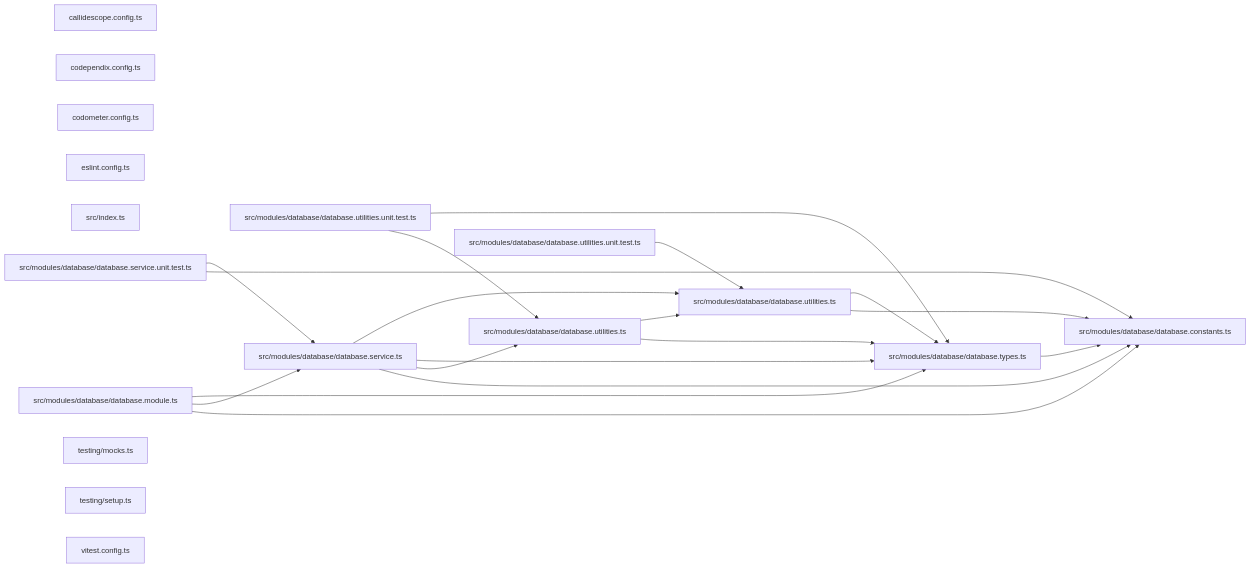
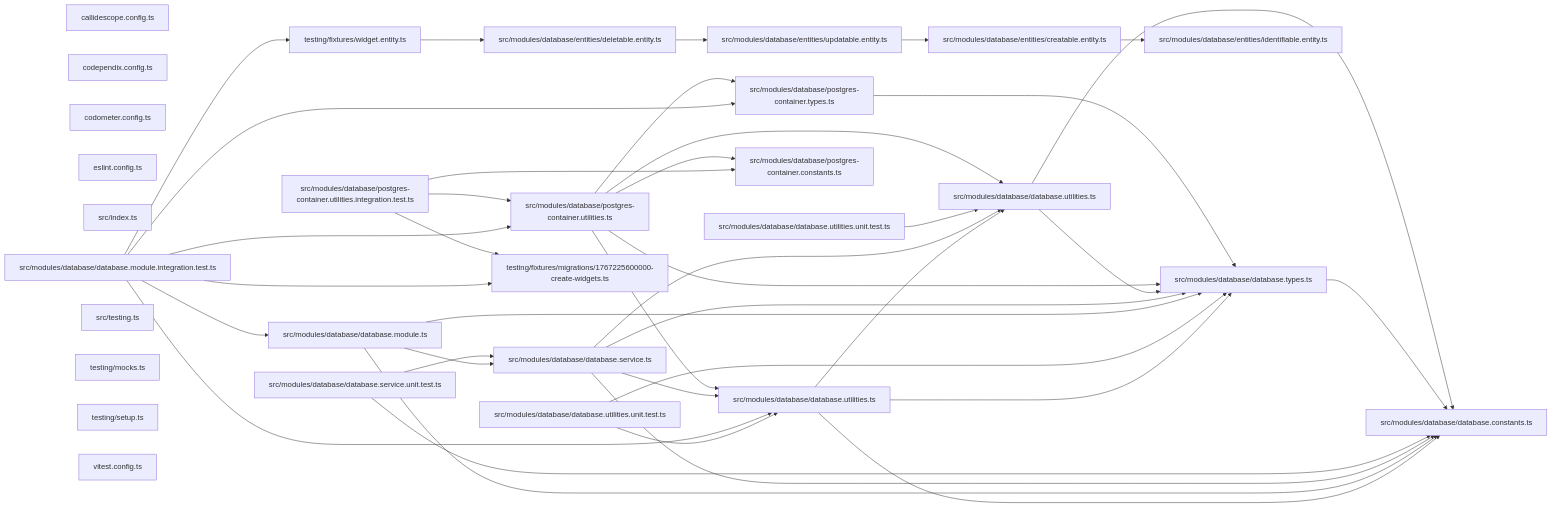
One commit to Organizzolini/codebase changed the second of 2 diagrams in packages/database/README.md. Above: the diagram before and after it, drawn with Mermaid. The commit also changed other lines of this file and 26 other files, not shown here.

Commit message:
feat(database): ✨ add a testcontainers harness that builds the schema from migrations

````diff
--- a/packages/database/README.md
+++ b/packages/database/README.md
@@ -143,37 +220,69 @@
 ```mermaid
 graph LR
   file_callidescope_config_ts["callidescope.config.ts"]
   file_codependix_config_ts["codependix.config.ts"]
   file_codometer_config_ts["codometer.config.ts"]
   file_eslint_config_ts["eslint.config.ts"]
   file_src_index_ts["src/index.ts"]
   file_src_modules_database_database_constants_ts["src/modules/database/database.constants.ts"]
   file_src_modules_database_database_factories_ts["src/modules/database/database.utilities.ts"]
   file_src_modules_database_database_factories_unit_test_ts["src/modules/database/database.utilities.unit.test.ts"]
+  file_src_modules_database_database_module_integration_test_ts["src/modules/database/database.module.integration.test.ts"]
   file_src_modules_database_database_module_ts["src/modules/database/database.module.ts"]
   file_src_modules_database_database_service_ts["src/modules/database/database.service.ts"]
   file_src_modules_database_database_service_unit_test_ts["src/modules/database/database.service.unit.test.ts"]
   file_src_modules_database_database_types_ts["src/modules/database/database.types.ts"]
   file_src_modules_database_database_utilities_ts["src/modules/database/database.utilities.ts"]
   file_src_modules_database_database_utilities_unit_test_ts["src/modules/database/database.utilities.unit.test.ts"]
+  file_src_modules_database_entities_Creatable_entity_ts["src/modules/database/entities/creatable.entity.ts"]
+  file_src_modules_database_entities_Deletable_entity_ts["src/modules/database/entities/deletable.entity.ts"]
+  file_src_modules_database_entities_Identifiable_entity_ts["src/modules/database/entities/identifiable.entity.ts"]
+  file_src_modules_database_entities_Updatable_entity_ts["src/modules/database/entities/updatable.entity.ts"]
+  file_src_modules_database_postgres_container_constants_ts["src/modules/database/postgres-container.constants.ts"]
+  file_src_modules_database_postgres_container_factories_integration_test_ts["src/modules/database/postgres-container.utilities.integration.test.ts"]
+  file_src_modules_database_postgres_container_factories_ts["src/modules/database/postgres-container.utilities.ts"]
+  file_src_modules_database_postgres_container_types_ts["src/modules/database/postgres-container.types.ts"]
+  file_src_testing_ts["src/testing.ts"]
+  file_testing_fixtures_migrations_1767225600000_create_widgets_ts["testing/fixtures/migrations/1767225600000-create-widgets.ts"]
+  file_testing_fixtures_Widget_entity_ts["testing/fixtures/widget.entity.ts"]
   file_testing_mocks_ts["testing/mocks.ts"]
   file_testing_setup_ts["testing/setup.ts"]
   file_vitest_config_ts["vitest.config.ts"]
+  file_src_modules_database_database_factories_ts --> file_src_modules_database_database_constants_ts
   file_src_modules_database_database_factories_ts --> file_src_modules_database_database_types_ts
   file_src_modules_database_database_factories_ts --> file_src_modules_database_database_utilities_ts
   file_src_modules_database_database_factories_unit_test_ts --> file_src_modules_database_database_factories_ts
   file_src_modules_database_database_factories_unit_test_ts --> file_src_modules_database_database_types_ts
+  file_src_modules_database_database_module_integration_test_ts --> file_src_modules_database_database_factories_ts
+  file_src_modules_database_database_module_integration_test_ts --> file_src_modules_database_database_module_ts
+  file_src_modules_database_database_module_integration_test_ts --> file_src_modules_database_postgres_container_factories_ts
+  file_src_modules_database_database_module_integration_test_ts --> file_src_modules_database_postgres_container_types_ts
+  file_src_modules_database_database_module_integration_test_ts --> file_testing_fixtures_migrations_1767225600000_create_widgets_ts
+  file_src_modules_database_database_module_integration_test_ts --> file_testing_fixtures_Widget_entity_ts
   file_src_modules_database_database_module_ts --> file_src_modules_database_database_constants_ts
   file_src_modules_database_database_module_ts --> file_src_modules_database_database_service_ts
   file_src_modules_database_database_module_ts --> file_src_modules_database_database_types_ts
   file_src_modules_database_database_service_ts --> file_src_modules_database_database_constants_ts
   file_src_modules_database_database_service_ts --> file_src_modules_database_database_factories_ts
   file_src_modules_database_database_service_ts --> file_src_modules_database_database_types_ts
   file_src_modules_database_database_service_ts --> file_src_modules_database_database_utilities_ts
   file_src_modules_database_database_service_unit_test_ts --> file_src_modules_database_database_constants_ts
   file_src_modules_database_database_service_unit_test_ts --> file_src_modules_database_database_service_ts
   file_src_modules_database_database_types_ts --> file_src_modules_database_database_constants_ts
   file_src_modules_database_database_utilities_ts --> file_src_modules_database_database_constants_ts
   file_src_modules_database_database_utilities_ts --> file_src_modules_database_database_types_ts
   file_src_modules_database_database_utilities_unit_test_ts --> file_src_modules_database_database_utilities_ts
+  file_src_modules_database_entities_Creatable_entity_ts --> file_src_modules_database_entities_Identifiable_entity_ts
+  file_src_modules_database_entities_Deletable_entity_ts --> file_src_modules_database_entities_Updatable_entity_ts
+  file_src_modules_database_entities_Updatable_entity_ts --> file_src_modules_database_entities_Creatable_entity_ts
+  file_src_modules_database_postgres_container_factories_integration_test_ts --> file_src_modules_database_postgres_container_constants_ts
+  file_src_modules_database_postgres_container_factories_integration_test_ts --> file_src_modules_database_postgres_container_factories_ts
+  file_src_modules_database_postgres_container_factories_integration_test_ts --> file_testing_fixtures_migrations_1767225600000_create_widgets_ts
+  file_src_modules_database_postgres_container_factories_ts --> file_src_modules_database_database_factories_ts
+  file_src_modules_database_postgres_container_factories_ts --> file_src_modules_database_database_types_ts
+  file_src_modules_database_postgres_container_factories_ts --> file_src_modules_database_database_utilities_ts
+  file_src_modules_database_postgres_container_factories_ts --> file_src_modules_database_postgres_container_constants_ts
+  file_src_modules_database_postgres_container_factories_ts --> file_src_modules_database_postgres_container_types_ts
+  file_src_modules_database_postgres_container_types_ts --> file_src_modules_database_database_types_ts
+  file_testing_fixtures_Widget_entity_ts --> file_src_modules_database_entities_Deletable_entity_ts
 ```
````
